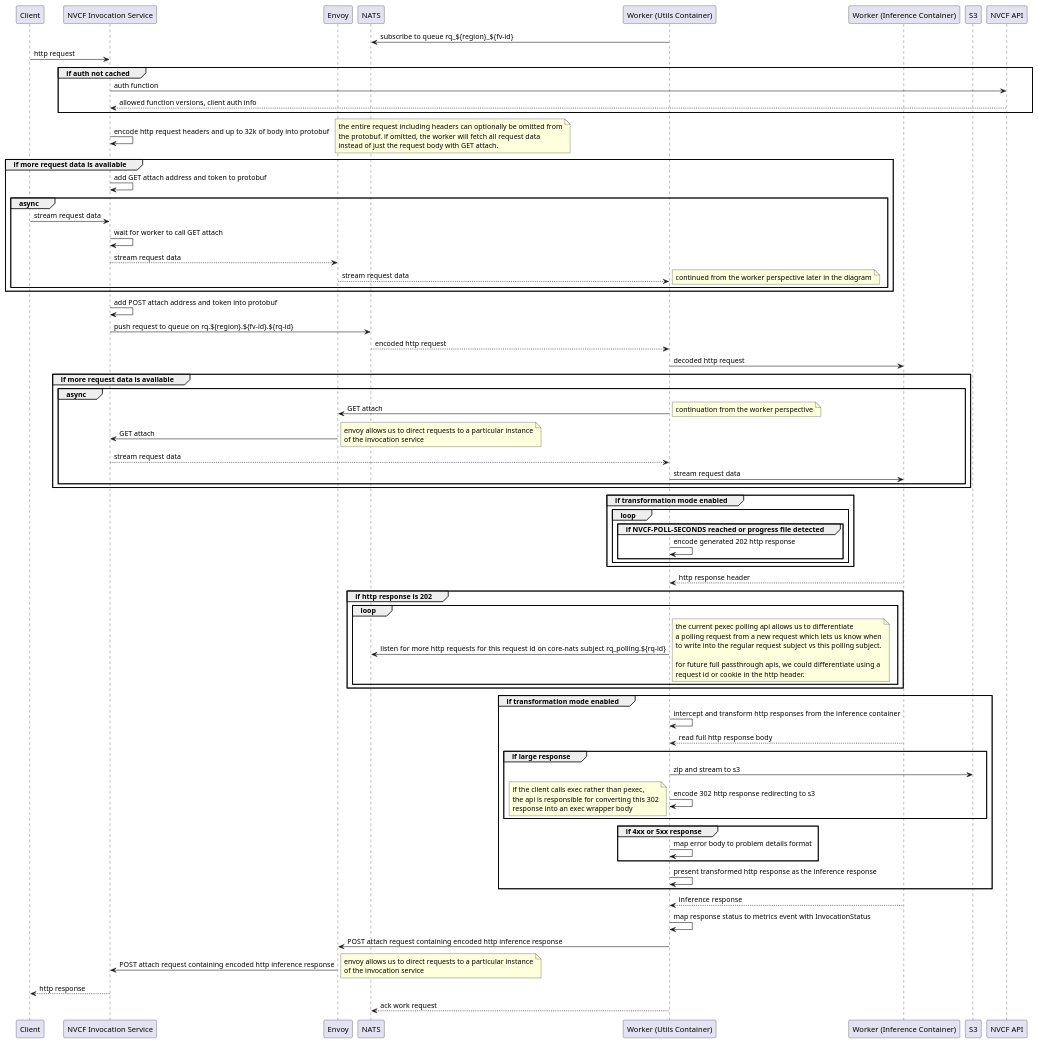
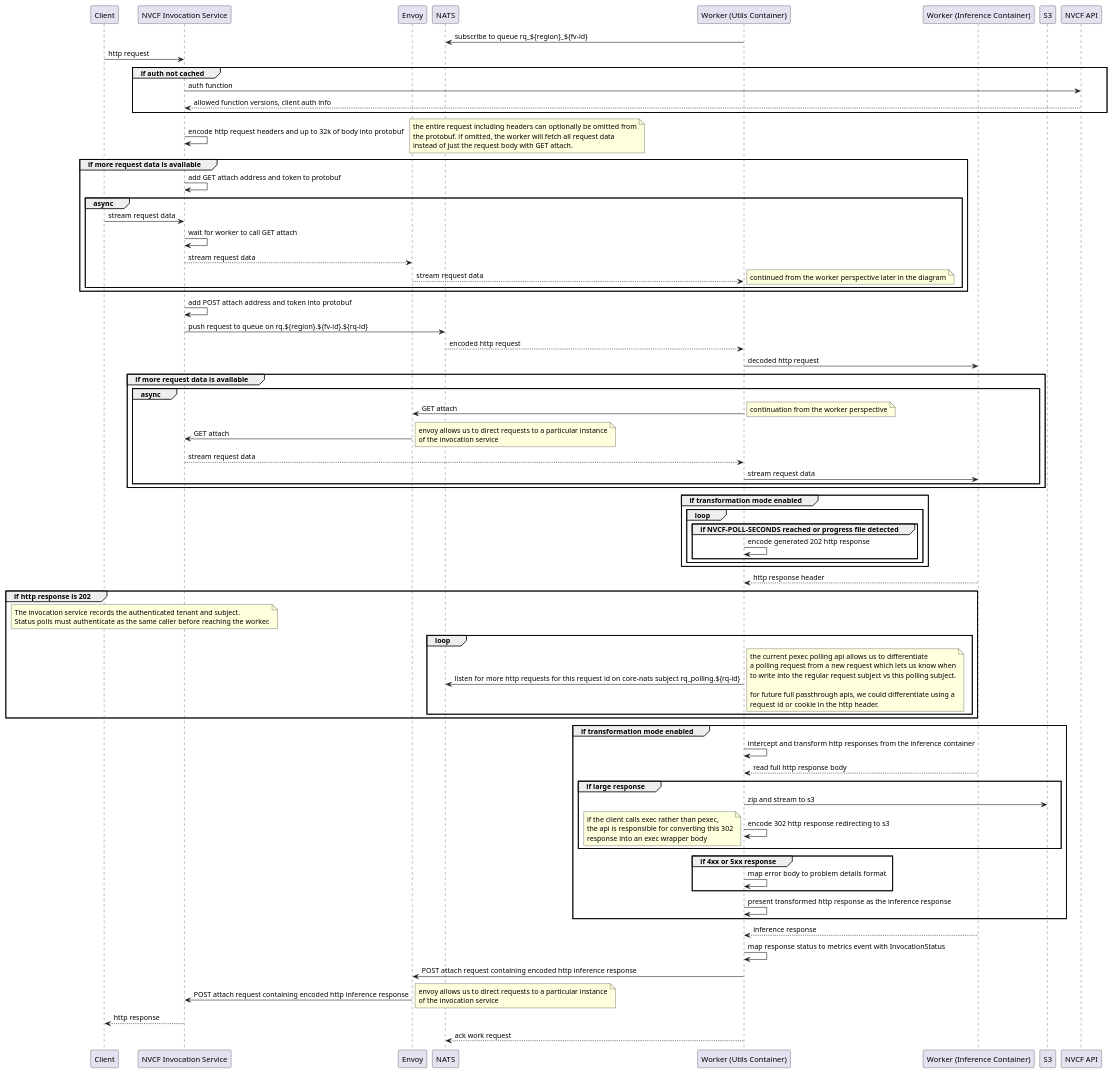
The diagram in src/invocation-plane-services/http-invocation/README.md (NVIDIA/nvcf), drawn with PlantUML before and after one commit. The commit also changed other lines of this file and 11 other files, not shown here.

First line of the commit message:
fix(http-invocation): bind status polling to caller identity

```diff
--- a/src/invocation-plane-services/http-invocation/README.md
+++ b/src/invocation-plane-services/http-invocation/README.md
@@ -175,6 +199,10 @@
 inference --> worker: http response header
 
 group if http response is 202
+    note over client,is
+        The invocation service records the authenticated tenant and subject.
+        Status polls must authenticate as the same caller before reaching the worker.
+    end note
     loop
         worker -> nats: listen for more http requests for this request id on core-nats subject rq_polling.${rq-id} 
         note right
```
